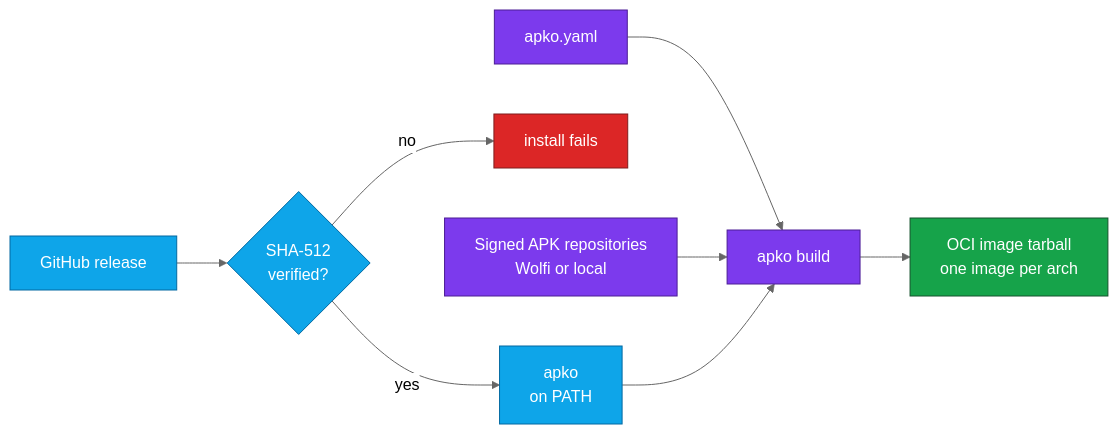
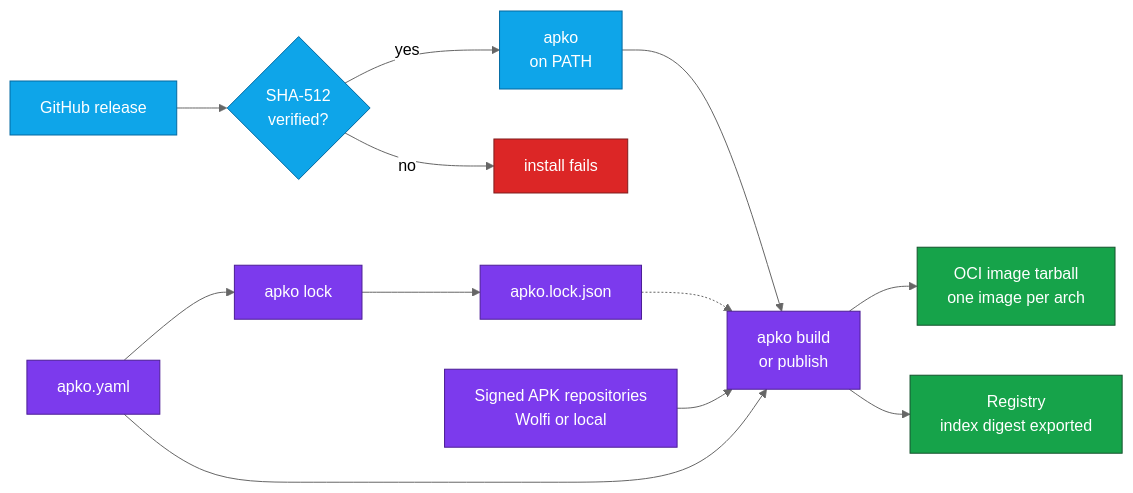
Before and after one commit to juburr/apko-orb: the diagram in README.md, drawn with Mermaid (neutral theme). The commit also changed other lines of this file and 25 other files, not shown here.

First line of the commit message:
feat: publish, lock and login commands and actions, more build options (1.2.0) (#43)

````diff
--- a/README.md
+++ b/README.md
@@ -77,19 +91,23 @@
 ```mermaid
 flowchart LR
     gh["GitHub release"] --> sha{"SHA-512<br/>verified?"}
     sha -- yes --> bin["apko<br/>on PATH"]
     sha -- no --> stop["install fails"]
-    cfg["apko.yaml"] --> build["apko build"]
+    cfg["apko.yaml"] --> lock["apko lock"]
+    lock --> lockfile["apko.lock.json"]
+    cfg --> build["apko build<br/>or publish"]
+    lockfile -.-> build
     repos["Signed APK repositories<br/>Wolfi or local"] --> build
     bin --> build
     build --> tar["OCI image tarball<br/>one image per arch"]
+    build --> reg["Registry<br/>index digest exported"]
 
     classDef install fill:#0EA5E9,stroke:#0369A1,color:#FFFFFF
     classDef tool fill:#7C3AED,stroke:#4C1D95,color:#FFFFFF
     classDef good fill:#16A34A,stroke:#14532D,color:#FFFFFF
     classDef bad fill:#DC2626,stroke:#7F1D1D,color:#FFFFFF
     class gh,sha,bin install
-    class cfg,repos,build tool
-    class tar good
+    class cfg,repos,build,lock,lockfile tool
+    class tar,reg good
     class stop bad
 ```
````
